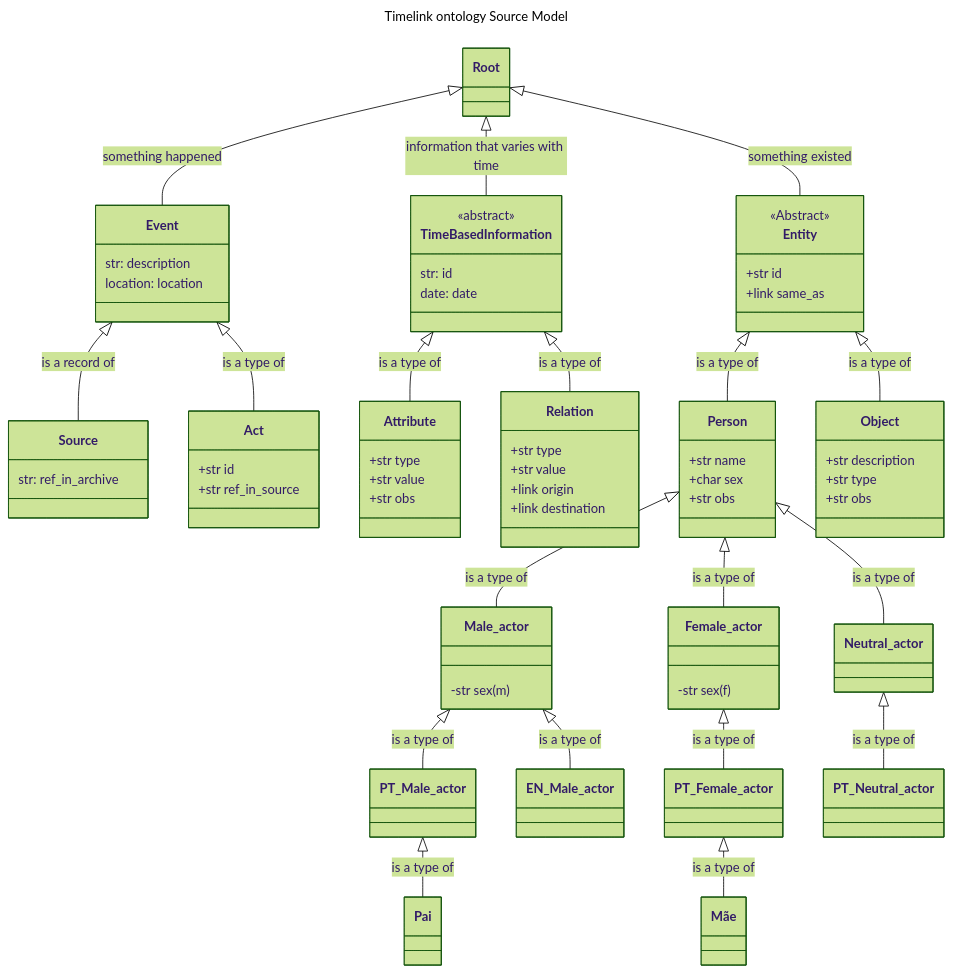
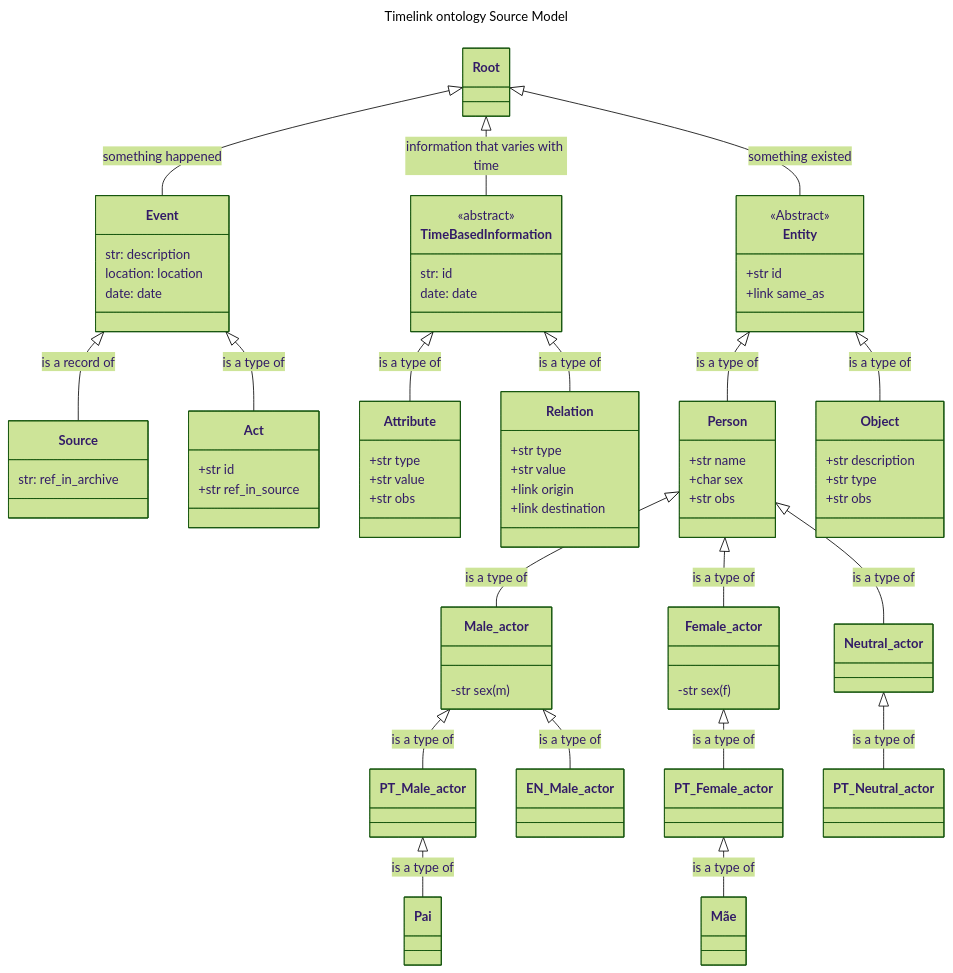
One commit to time-link/timelink-docs changed the first of 2 diagrams in docs/3_Reference/3.1_Kleio_Notation_Reference/3.1.3 Timelink Ontology.md. Above: the diagram before and after it, drawn with Mermaid (forest theme). The commit also changed other lines of this file and 2 other files, not shown here.

````diff
--- a/docs/3_Reference/3.1_Kleio_Notation_Reference/3.1.3 Timelink Ontology.md
+++ b/docs/3_Reference/3.1_Kleio_Notation_Reference/3.1.3 Timelink Ontology.md
@@ -3,72 +22,73 @@
 ```mermaid
 ---
 title: Timelink ontology Source Model
 ---
 classDiagram
     Root <|-- Event: something happened
     Root <|-- Entity: something existed
     Root <|-- TimeBasedInformation: information that varies with time
     Event <|-- Source: is a record of
     Event <|-- Act: is a type of
     TimeBasedInformation <|-- Attribute: is a type of
     TimeBasedInformation <|-- Relation: is a type of
     
     class Entity{
 	    <<Abstract>>
 	    +str id
 	    +link same_as
 	    }
 	class TimeBasedInformation{
 		<<abstract>>
 		str: id
 		date: date
 		}
 	class Event{
 		str: description
 		location: location
+		date: date
 	    }
 	class Source{
 		str: ref_in_archive
 		}
 	class Act{
 		+str id
 		+str ref_in_source}
 	class Person{
 		+str name
 		+char sex
 		+str obs
 	}
     class Object{
         +str description
         +str type
         +str obs
     }
     class Attribute{
         +str type
         +str value
         +str obs
     }
     class Relation{
         +str type
         +str value
         +link origin
         +link destination
     }
     Entity <|-- Person: is a type of
     Entity <|-- Object: is a type of
 	Person <|-- Male_actor: is a type of
 	Person <|-- Female_actor: is a type of
 	Person <|-- Neutral_actor: is a type of
 	class Male_actor{
 		-str sex(m)
 	}
 	class Female_actor{
 		-str sex(f)
 	}
 	Male_actor <|-- PT_Male_actor: is a type of
 	Male_actor <|-- EN_Male_actor: is a type of
 	Female_actor <|-- PT_Female_actor: is a type of
 	Neutral_actor <|-- PT_Neutral_actor: is a type of
 	PT_Male_actor <|-- Pai: is a type of
 	PT_Female_actor <|-- Mãe: is a type of
 ```
````
